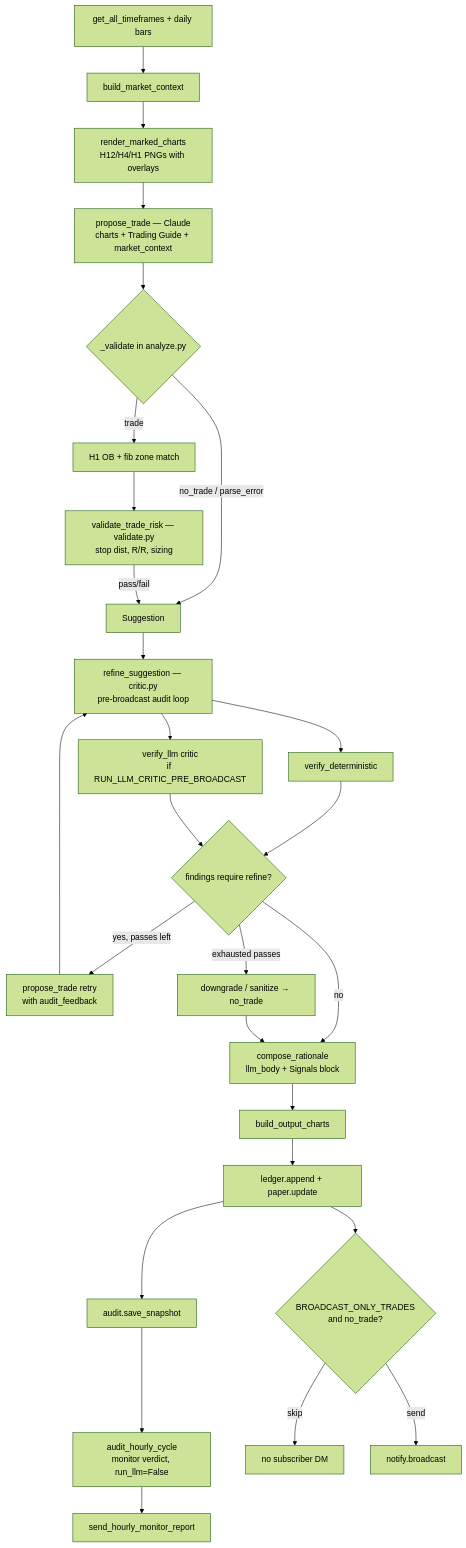
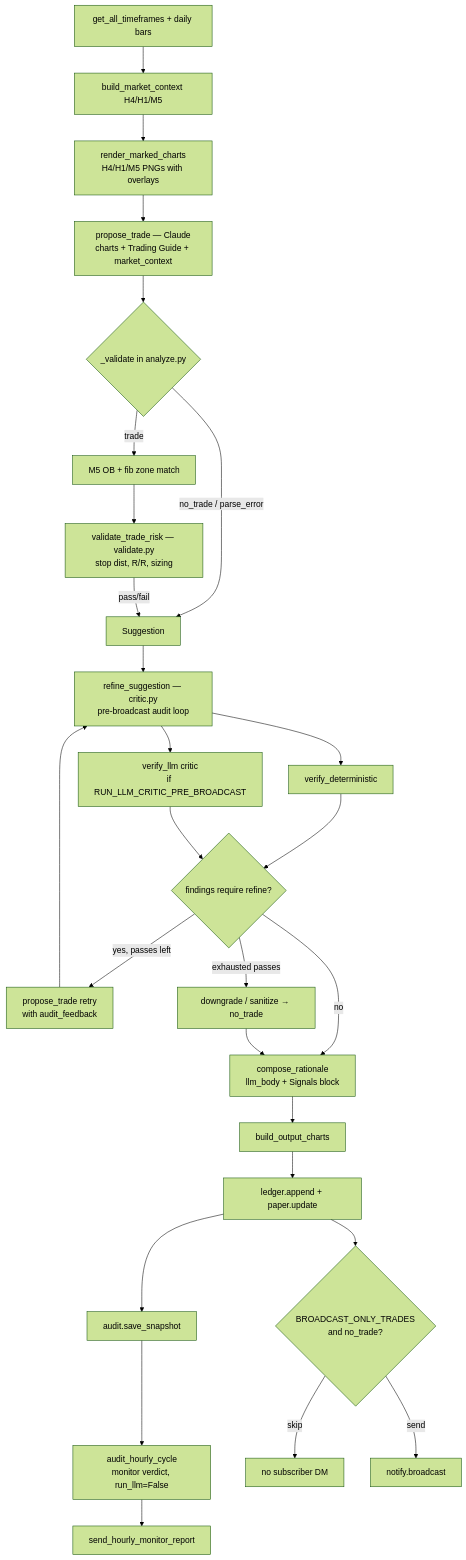
Before and after one commit to abagui11/eth-trading-bot: the third of 6 diagrams in deploy/PROJECT_STATE.md, drawn with Mermaid (forest theme). The commit also changed other lines of this file and 40 other files, not shown here.

````diff
--- a/deploy/PROJECT_STATE.md
+++ b/deploy/PROJECT_STATE.md
@@ -99,32 +100,32 @@
 ```mermaid
 flowchart TD
-    D1[get_all_timeframes + daily bars] --> CTX[build_market_context]
-    CTX --> CH1[render_marked_charts<br/>H12/H4/H1 PNGs with overlays]
+    D1[get_all_timeframes + daily bars] --> CTX[build_market_context H4/H1/M5]
+    CTX --> CH1[render_marked_charts<br/>H4/H1/M5 PNGs with overlays]
     CH1 --> PT[propose_trade — Claude<br/>charts + Trading Guide + market_context]
 
     PT --> V1{_validate in analyze.py}
-    V1 -->|trade| V1a[H1 OB + fib zone match]
+    V1 -->|trade| V1a[M5 OB + fib zone match]
     V1a --> V1b[validate_trade_risk — validate.py<br/>stop dist, R/R, sizing]
     V1 -->|no_trade / parse_error| S0[Suggestion]
     V1b -->|pass/fail| S0
 
     S0 --> REF[refine_suggestion — critic.py<br/>pre-broadcast audit loop]
     REF --> FD[verify_deterministic]
     REF --> FL[verify_llm critic<br/>if RUN_LLM_CRITIC_PRE_BROADCAST]
     FD --> OK{findings require refine?}
     FL --> OK
     OK -->|yes, passes left| RETRY[propose_trade retry<br/>with audit_feedback]
     RETRY --> REF
     OK -->|exhausted passes| DOWN[downgrade / sanitize → no_trade]
     OK -->|no| CR[compose_rationale<br/>llm_body + Signals block]
     DOWN --> CR
 
     CR --> OC[build_output_charts]
     OC --> LG[ledger.append + paper.update]
     LG --> SNAP[audit.save_snapshot]
     SNAP --> MON[audit_hourly_cycle<br/>monitor verdict, run_llm=False]
     MON --> MRPT[send_hourly_monitor_report]
     LG --> BC{BROADCAST_ONLY_TRADES<br/>and no_trade?}
     BC -->|skip| SKIP[no subscriber DM]
     BC -->|send| BDM[notify.broadcast]
 ```
````
